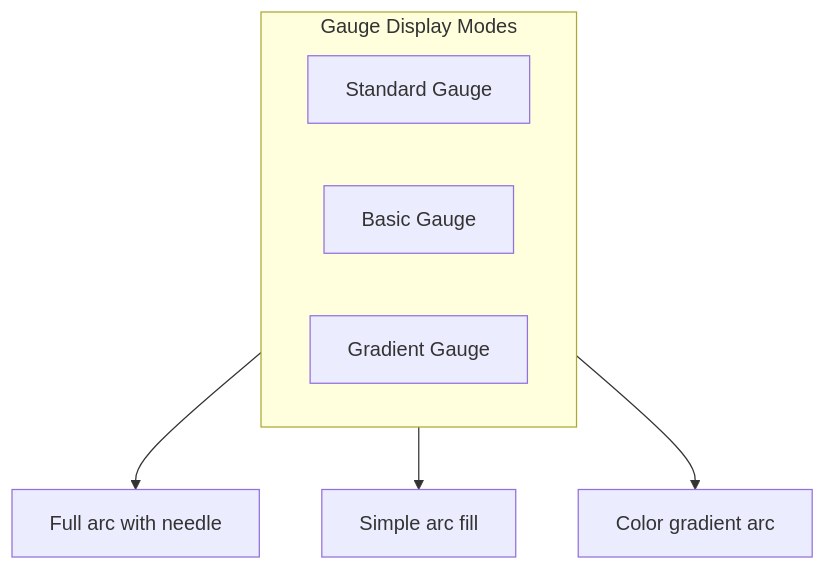
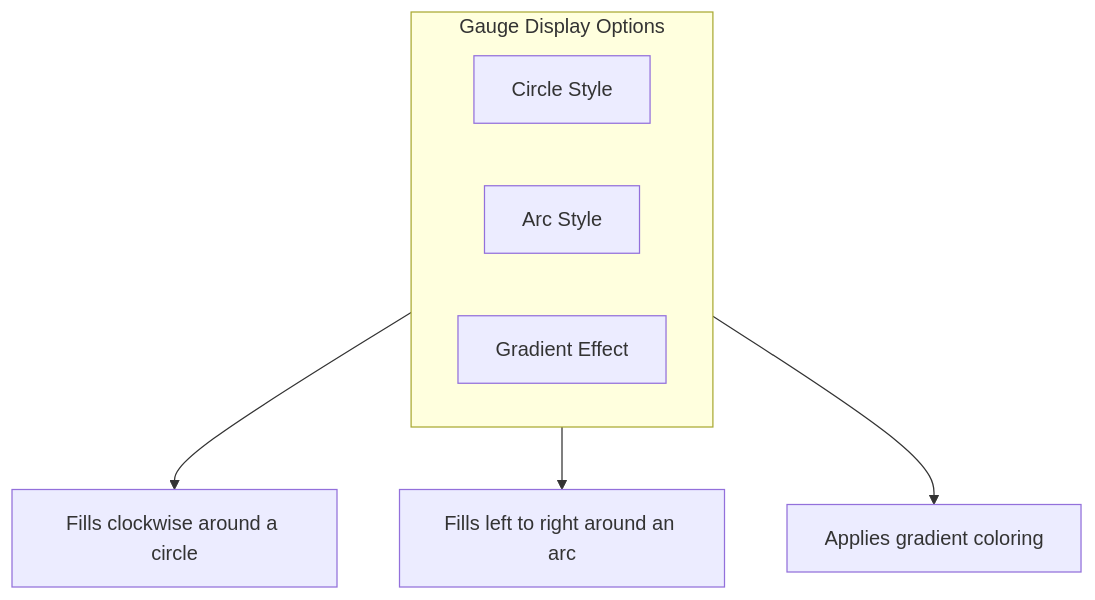
Before and after one commit to OneUptime/blog: the second of 5 diagrams in posts/2026-01-30-grafana-gauge-configurations/README.md, drawn with Mermaid. The commit also changed other lines of this file and 2 other files, not shown here.

Commit message:
validate: 2026-01-30-grafana-gauge-configurations

````diff
--- a/posts/2026-01-30-grafana-gauge-configurations/README.md
+++ b/posts/2026-01-30-grafana-gauge-configurations/README.md
@@ -90,13 +91,13 @@
 ```mermaid
 flowchart TB
-    subgraph Modes["Gauge Display Modes"]
+    subgraph Modes["Gauge Display Options"]
         direction LR
-        G1[Standard Gauge]
-        G2[Basic Gauge]
-        G3[Gradient Gauge]
+        G1[Circle Style]
+        G2[Arc Style]
+        G3[Gradient Effect]
     end
 
-    G1 --> D1["Full arc with needle"]
-    G2 --> D2["Simple arc fill"]
-    G3 --> D3["Color gradient arc"]
+    G1 --> D1["Fills clockwise around a circle"]
+    G2 --> D2["Fills left to right around an arc"]
+    G3 --> D3["Applies gradient coloring"]
 ```
````
